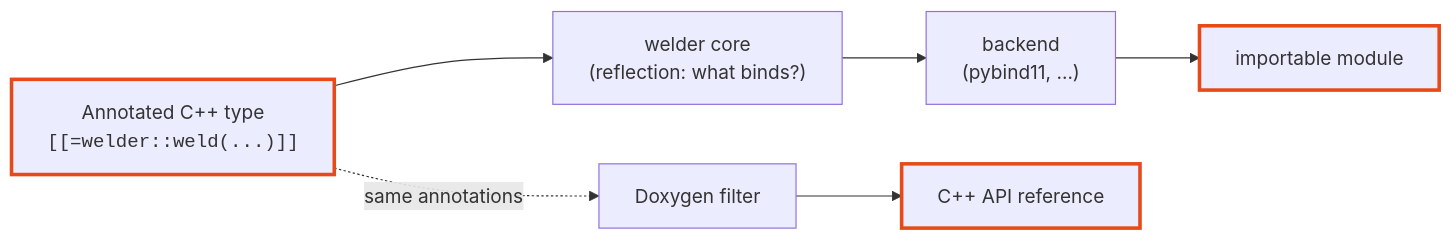
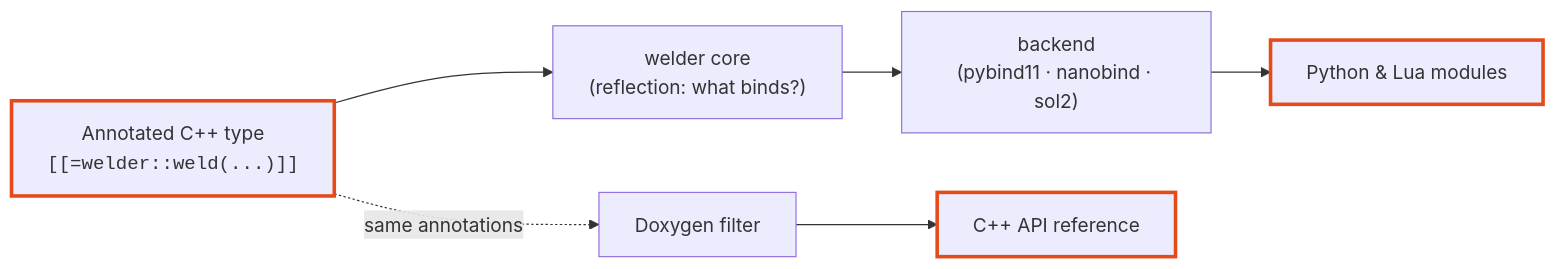
One commit to skarndev/welder changed the diagram in docs/content/index.md. Above: the diagram before and after it, drawn with Mermaid. The commit also changed other lines of this file and 17 other files, not shown here.

````diff
--- a/docs/content/index.md
+++ b/docs/content/index.md
@@ -91,11 +91,11 @@
 ```mermaid
 flowchart LR
     A["Annotated C++ type<br/><code>[[=welder::weld(...)]]</code>"] --> B["welder core<br/>(reflection: what binds?)"]
-    B --> C["backend<br/>(pybind11, …)"]
-    C --> D["importable module"]
+    B --> C["backend<br/>(pybind11 · nanobind · sol2)"]
+    C --> D["Python & Lua modules"]
     A -.same annotations.-> E["Doxygen filter"]
     E --> F["C++ API reference"]
     style A stroke:#e64a19,stroke-width:3px
     style D stroke:#e64a19,stroke-width:3px
     style F stroke:#e64a19,stroke-width:3px
 ```
````
